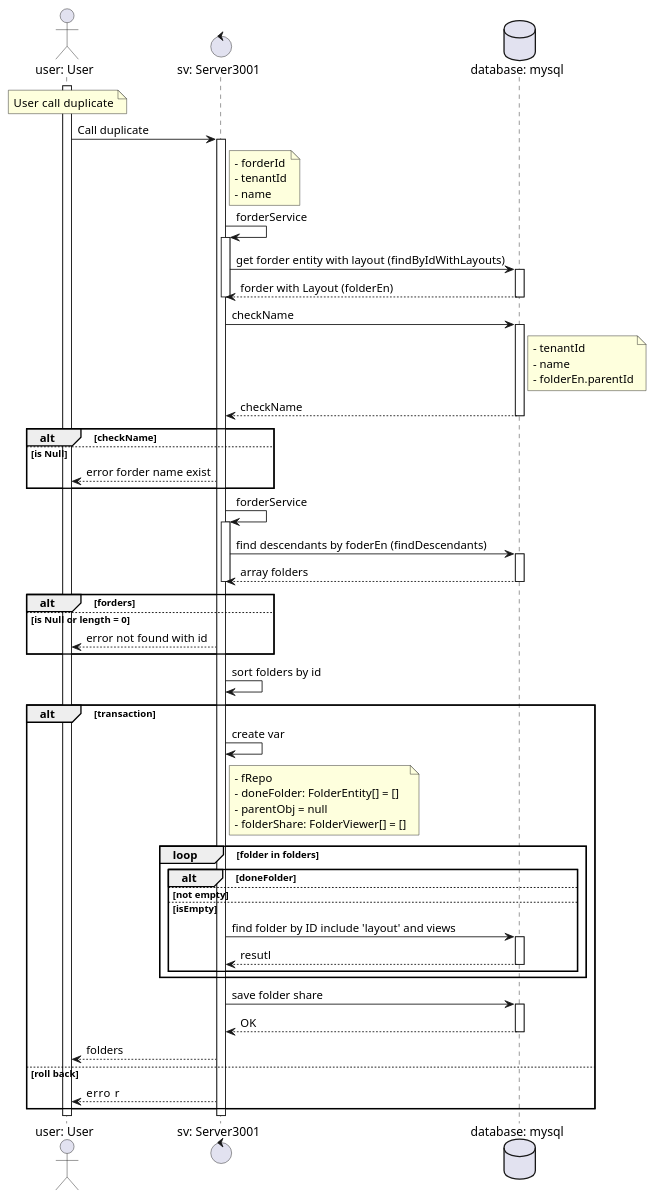
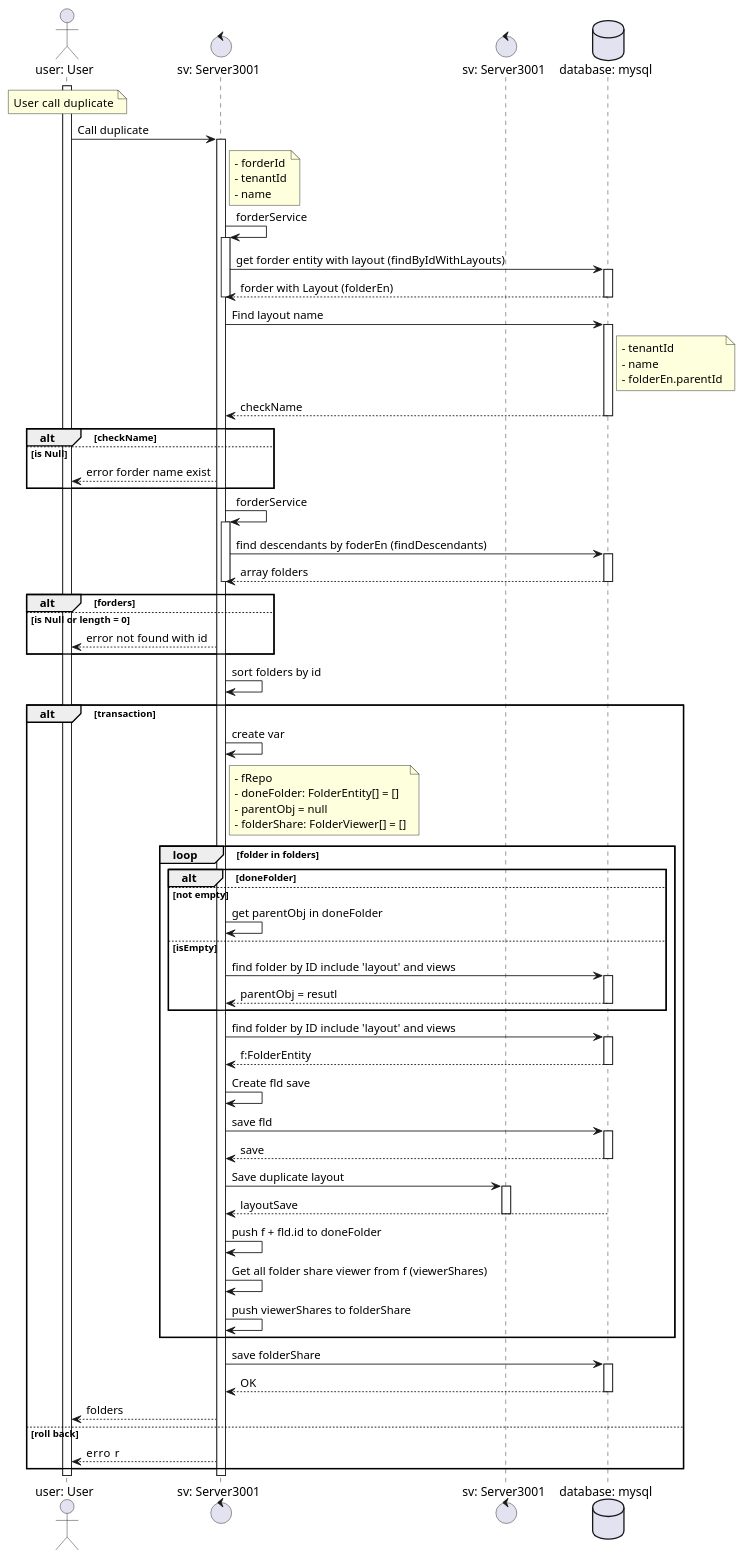
The diagram in MOT/duplicateForder/duplicateForder.puml (DangXuanHoat/puml), drawn with PlantUML before and after one commit. The commit also changed 2 other files, not shown here.

```diff
--- a/MOT/duplicateForder/duplicateForder.puml
+++ b/MOT/duplicateForder/duplicateForder.puml
@@ -1,81 +1,102 @@
 @startuml duplicate
 actor "user: User" as user
 control "sv: Server3001" as sv
+control "sv: Server3001" as manger
 database "database: mysql" as db
 
 note over user: User  call duplicate
 activate user
 
 user -> sv: Call duplicate
 activate sv
 note right sv
   - forderId
   - tenantId
   - name
 end note
 sv->sv: forderService
 activate sv
 sv->db: get forder entity with layout (findByIdWithLayouts)
 activate db
 db-->sv: forder with Layout (folderEn)
 deactivate db
 deactivate sv
 
-sv->db:checkName
+sv->db: Find layout name
 activate db
 note right db 
   - tenantId
   - name 
   - folderEn.parentId
 end note
 db--> sv: checkName
 deactivate db
 
 alt checkName
 else is Null 
 sv-->user: error forder name exist
 end group
 
 sv->sv: forderService
 activate sv
 sv->db: find descendants by foderEn (findDescendants)
 activate db
 db-->sv: array folders
 deactivate db
 deactivate sv
 
 alt forders
 else is Null or length = 0
 sv-->user: error not found with id
 end group
 
 sv->sv: sort folders by id
 
 alt transaction
 sv->sv:  create var
 note right sv
 - fRepo
 - doneFolder: FolderEntity[] = [] 
 - parentObj = null
 - folderShare: FolderViewer[] = []
 end note
 loop folder in folders
   alt  doneFolder
   else  not empty 
-  
+  sv->sv: get parentObj in doneFolder
+
   else isEmpty
   sv->db: find folder by ID include 'layout' and views
   activate db
-  db-->sv: resutl
+  db-->sv: parentObj = resutl
   deactivate db
   end group   
+
+  sv->db: find folder by ID include 'layout' and views
+  activate db
+  db-->sv: f:FolderEntity
+  deactivate db
+  sv->sv: Create fld save
+  sv->db: save fld
+  activate db
+  db-->sv: save
+  deactivate db
+
+  sv->manger: Save duplicate layout
+  activate manger
+  db-->sv: layoutSave
+  deactivate manger
+  sv->sv: push f + fld.id to doneFolder
+
+  sv->sv: Get all folder share viewer from f (viewerShares)
+  sv->sv: push viewerShares to folderShare
 end group
-sv->db: save folder share
+sv->db: save folderShare
 activate db
 db-->sv: OK
 deactivate db
 sv--> user: folders
 else roll back
 sv--> user: erro  r
 end group
 @enduml
```
